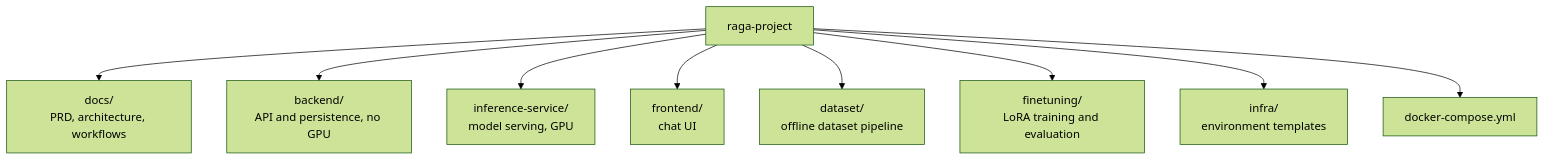
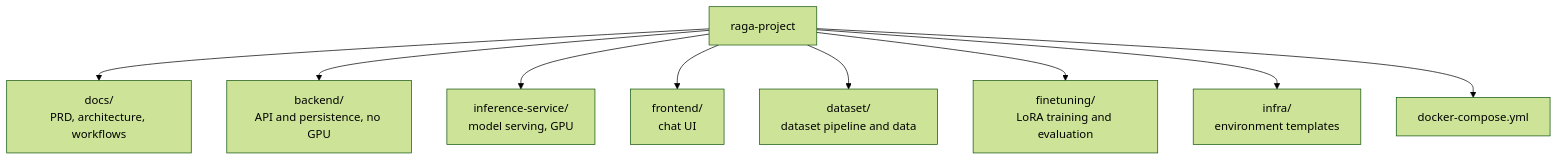
Before and after one commit to Kaifkhurshid7/raga-llm: the second of 3 diagrams in README.md, drawn with Mermaid (forest theme). The commit also changed other lines of this file and 1 other file, not shown here.

````diff
--- a/README.md
+++ b/README.md
@@ -56,12 +87,12 @@
 ```mermaid
 flowchart TD
     ROOT[raga-project]
     ROOT --> DOCS[docs/<br/>PRD, architecture, workflows]
     ROOT --> BE[backend/<br/>API and persistence, no GPU]
     ROOT --> INF[inference-service/<br/>model serving, GPU]
     ROOT --> FE[frontend/<br/>chat UI]
-    ROOT --> DS[dataset/<br/>offline dataset pipeline]
+    ROOT --> DS[dataset/<br/>dataset pipeline and data]
     ROOT --> FT[finetuning/<br/>LoRA training and evaluation]
     ROOT --> INFRA[infra/<br/>environment templates]
     ROOT --> DC[docker-compose.yml]
 ```
````
